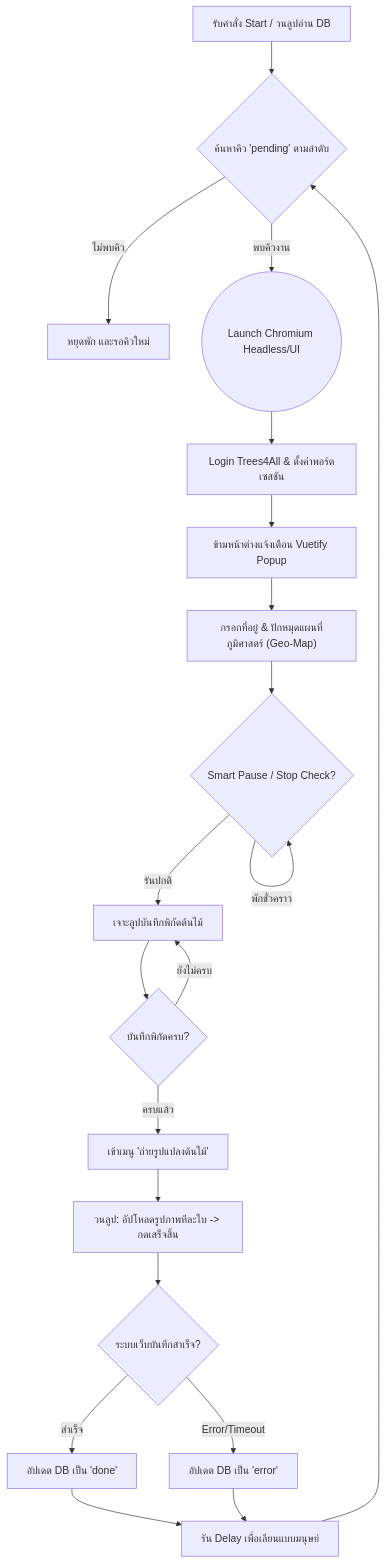
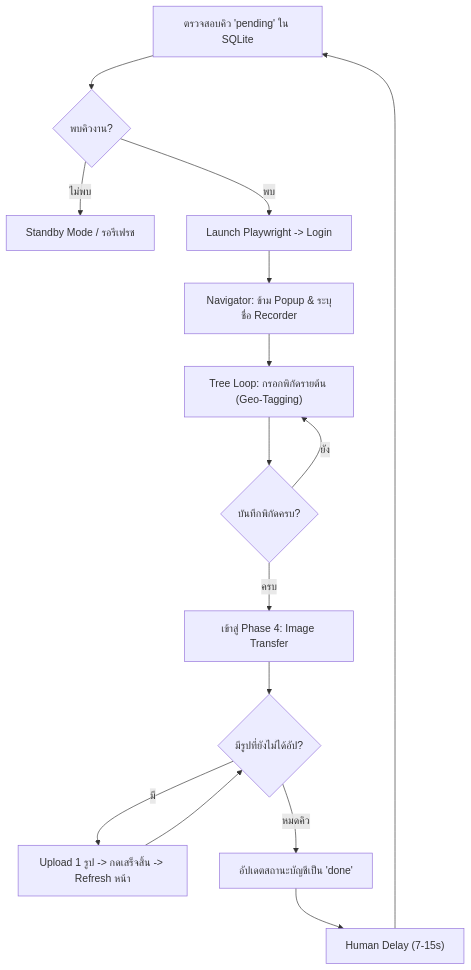
Before and after one commit to Mike0165115321/trees4_bot: the diagram in docs/คู่มือปฏิบัติการและพัฒนาระบบเชิงลึก.md, drawn with Mermaid. The commit also changed other lines of this file and 7 other files, not shown here.

````diff
--- a/docs/คู่มือปฏิบัติการและพัฒนาระบบเชิงลึก.md
+++ b/docs/คู่มือปฏิบัติการและพัฒนาระบบเชิงลึก.md
@@ -161,27 +163,21 @@
 ```mermaid
 graph TD
-    A["รับคำสั่ง Start / วนลูปอ่าน DB"] --> B{"ค้นหาคิว 'pending' ตามลำดับ"}
-    B -- ไม่พบคิว --> C["หยุดพัก และรอคิวใหม่"]
-    B -- พบคิวงาน --> D(("Launch Chromium Headless/UI"))
+    A["ตรวจสอบคิว 'pending' ใน SQLite"] --> B{"พบคิวงาน?"}
+    B -- ไม่พบ --> C["Standby Mode / รอรีเฟรช"]
+    B -- พบ --> D["Launch Playwright -> Login"]
     
-    D --> E["Login Trees4All & ตั้งค่าพอร์ตเซสชัน"]
-    E --> F["ข้ามหน้าต่างแจ้งเตือน Vuetify Popup"]
-    F --> G["กรอกที่อยู่ & ปักหมุดแผนที่ภูมิศาสตร์ (Geo-Map)"]
+    D --> E["Navigator: ข้าม Popup & ระบุชื่อ Recorder"]
+    E --> F["Tree Loop: กรอกพิกัดรายต้น (Geo-Tagging)"]
     
-    G --> H{"Smart Pause / Stop Check?"}
-    H -- พักชั่วคราว --> H
-    H -- รันปกติ --> I["เจาะลูปบันทึกพิกัดต้นไม้"]
+    F --> G{"บันทึกพิกัดครบ?"}
+    G -- ยัง --> F
+    G -- ครบ --> H["เข้าสู่ Phase 4: Image Transfer"]
     
-    I --> J{"บันทึกพิกัดครบ?"}
-    J -- ยังไม่ครบ --> I
-    J -- ครบแล้ว --> K["เข้าเมนู 'ถ่ายรูปแปลงต้นไม้'"]
+    H --> I{"มีรูปที่ยังไม่ได้อัป?"}
+    I -- มี --> J["Upload 1 รูป -> กดเสร็จสิ้น -> Refresh หน้า"]
+    J --> I
+    I -- หมดคิว --> K["อัปเดตสถานะบัญชีเป็น 'done'"]
     
-    K --> L["วนลูป: อัปโหลดรูปภาพทีละใบ -> กดเสร็จสิ้น"]
-    L --> M{"ระบบเว็บบันทึกสำเร็จ?"}
-    M -- สำเร็จ --> N["อัปเดต DB เป็น 'done'"]
-    M -- Error/Timeout --> O["อัปเดต DB เป็น 'error'"]
-    
-    N --> P["รัน Delay เพื่อเลียนแบบมนุษย์"]
-    O --> P
-    P --> B
+    K --> L["Human Delay (7-15s)"]
+    L --> A
 ```
````
